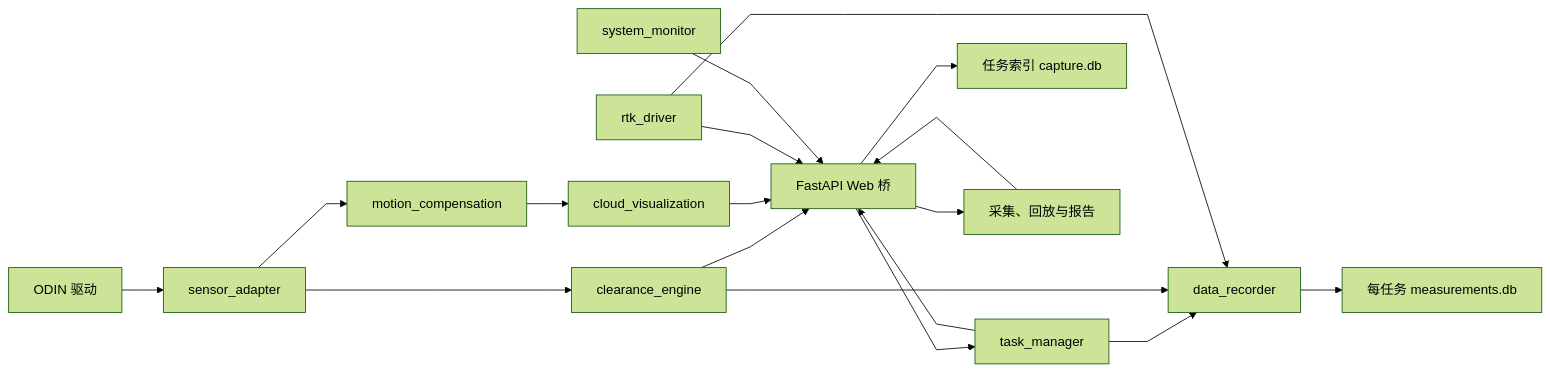
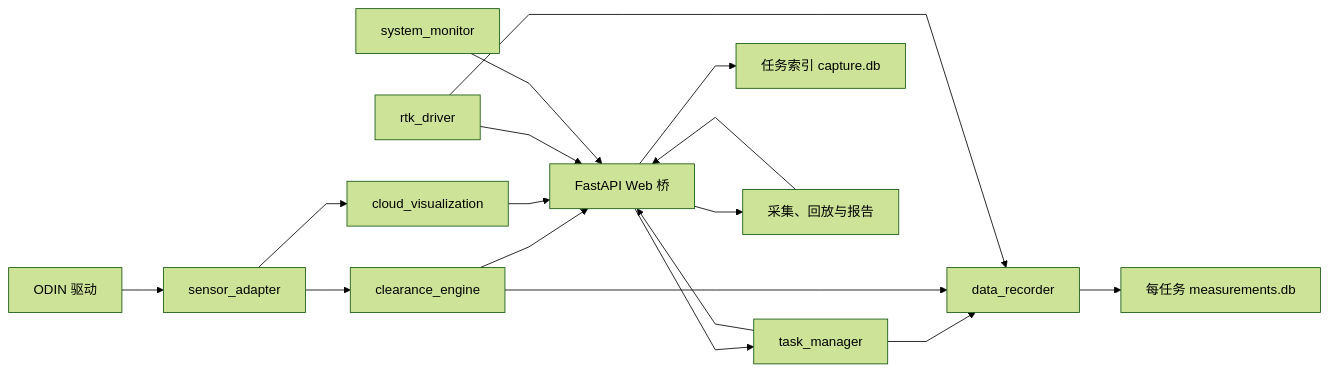
One commit to chuan126/capture_system changed the second of 3 diagrams in docs/architecture/系统总体架构.md. Above: the diagram before and after it, drawn with Mermaid (forest theme). The commit also changed other lines of this file and 93 other files, not shown here.

````diff
--- a/docs/architecture/系统总体架构.md
+++ b/docs/architecture/系统总体架构.md
@@ -26,28 +26,26 @@
 ```mermaid
 %%{init: {"flowchart": {"curve": "linear"}}}%%
 flowchart LR
     ODIN["ODIN 驱动"]
     ADAPTER["sensor_adapter"]
-    MOTION["motion_compensation"]
     CLEARANCE["clearance_engine"]
     PREVIEW["cloud_visualization"]
     RTK["rtk_driver"]
     MONITOR["system_monitor"]
     TASK["task_manager"]
     RECORD["data_recorder"]
     INDEX["任务索引 capture.db"]
     STORE["每任务 measurements.db"]
     WEB["FastAPI Web 桥"]
     UI["采集、回放与报告"]
 
     ODIN --> ADAPTER --> CLEARANCE --> WEB
-    ADAPTER --> MOTION
-    MOTION --> PREVIEW --> WEB
+    ADAPTER --> PREVIEW --> WEB
     RTK --> WEB
     MONITOR --> WEB --> UI
     UI --> WEB --> INDEX
     WEB --> TASK --> RECORD --> STORE
     CLEARANCE --> RECORD
     RTK --> RECORD
     TASK --> WEB
 ```
````
